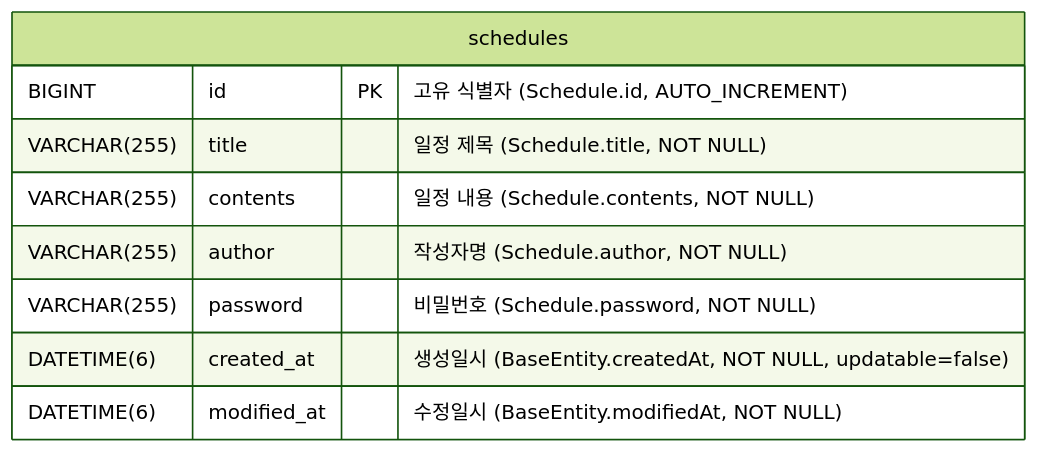
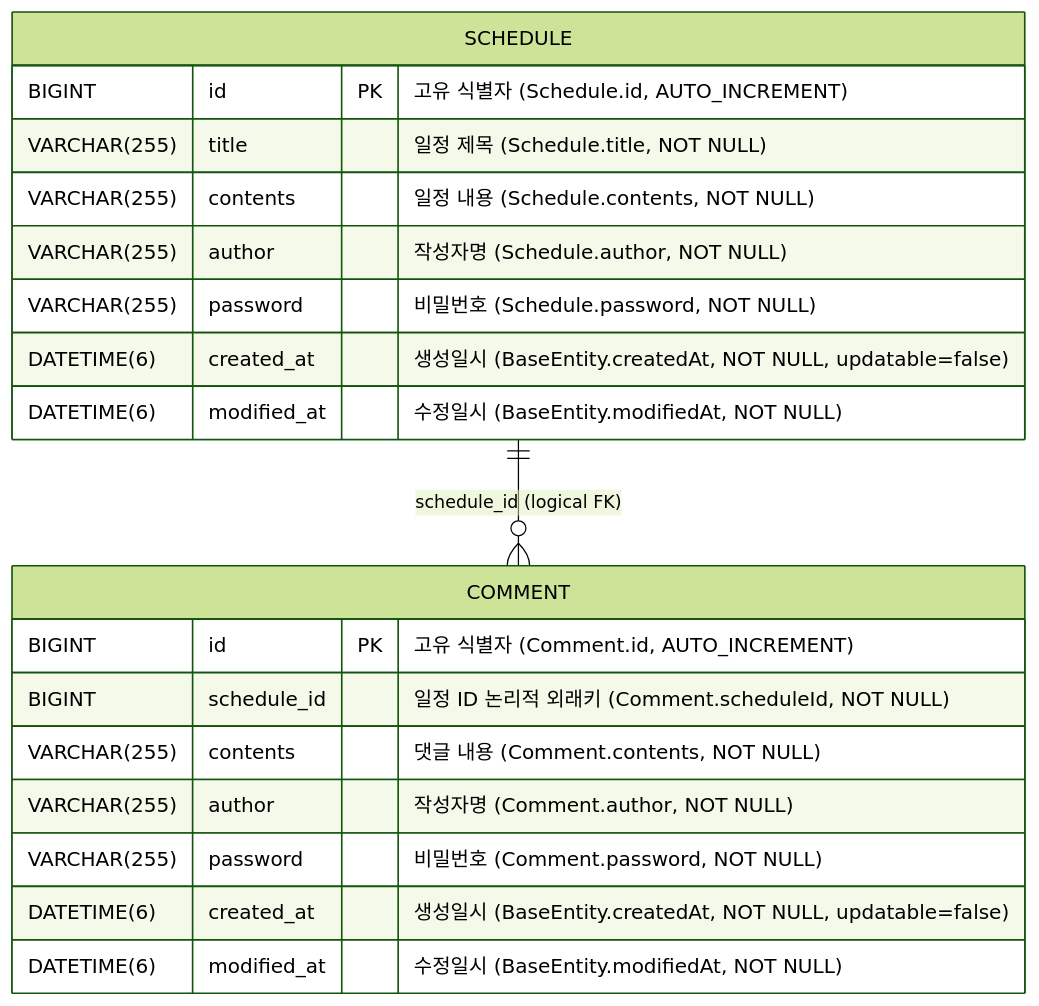
Before and after one commit to kimInsung/schedule-app: the diagram in README.md, drawn with Mermaid (forest theme). The commit also changed other lines of this file, not shown here.

Commit message:
docs: Lv 5~7 API 명세 및 Comment ERD 반영

````diff
--- a/README.md
+++ b/README.md
@@ -286,12 +440,24 @@
 ```mermaid
 erDiagram
-    schedules {
+    SCHEDULE ||--o{ COMMENT : "schedule_id (logical FK)"
+
+    SCHEDULE {
         BIGINT id PK "고유 식별자 (Schedule.id, AUTO_INCREMENT)"
         VARCHAR(255) title "일정 제목 (Schedule.title, NOT NULL)"
         VARCHAR(255) contents "일정 내용 (Schedule.contents, NOT NULL)"
         VARCHAR(255) author "작성자명 (Schedule.author, NOT NULL)"
         VARCHAR(255) password "비밀번호 (Schedule.password, NOT NULL)"
         DATETIME(6) created_at "생성일시 (BaseEntity.createdAt, NOT NULL, updatable=false)"
         DATETIME(6) modified_at "수정일시 (BaseEntity.modifiedAt, NOT NULL)"
     }
+
+    COMMENT {
+        BIGINT id PK "고유 식별자 (Comment.id, AUTO_INCREMENT)"
+        BIGINT schedule_id "일정 ID 논리적 외래키 (Comment.scheduleId, NOT NULL)"
+        VARCHAR(255) contents "댓글 내용 (Comment.contents, NOT NULL)"
+        VARCHAR(255) author "작성자명 (Comment.author, NOT NULL)"
+        VARCHAR(255) password "비밀번호 (Comment.password, NOT NULL)"
+        DATETIME(6) created_at "생성일시 (BaseEntity.createdAt, NOT NULL, updatable=false)"
+        DATETIME(6) modified_at "수정일시 (BaseEntity.modifiedAt, NOT NULL)"
+    }
 ```
````
